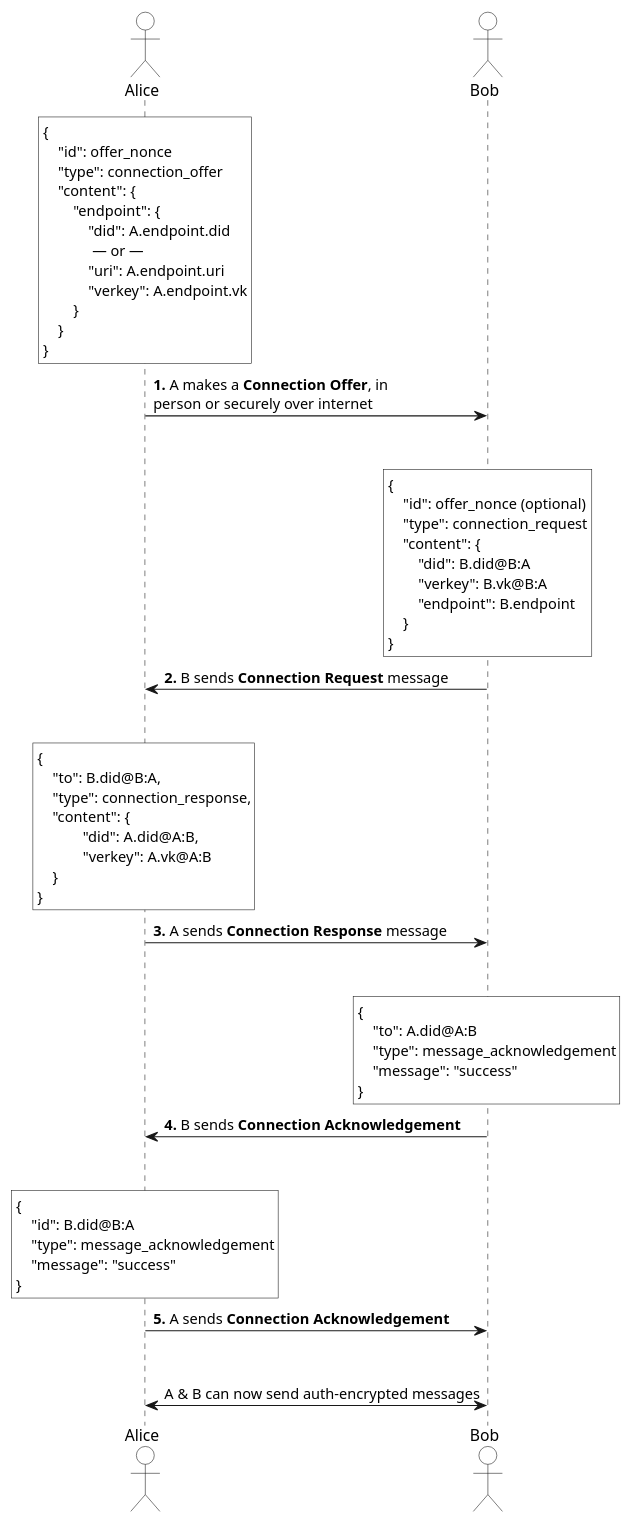
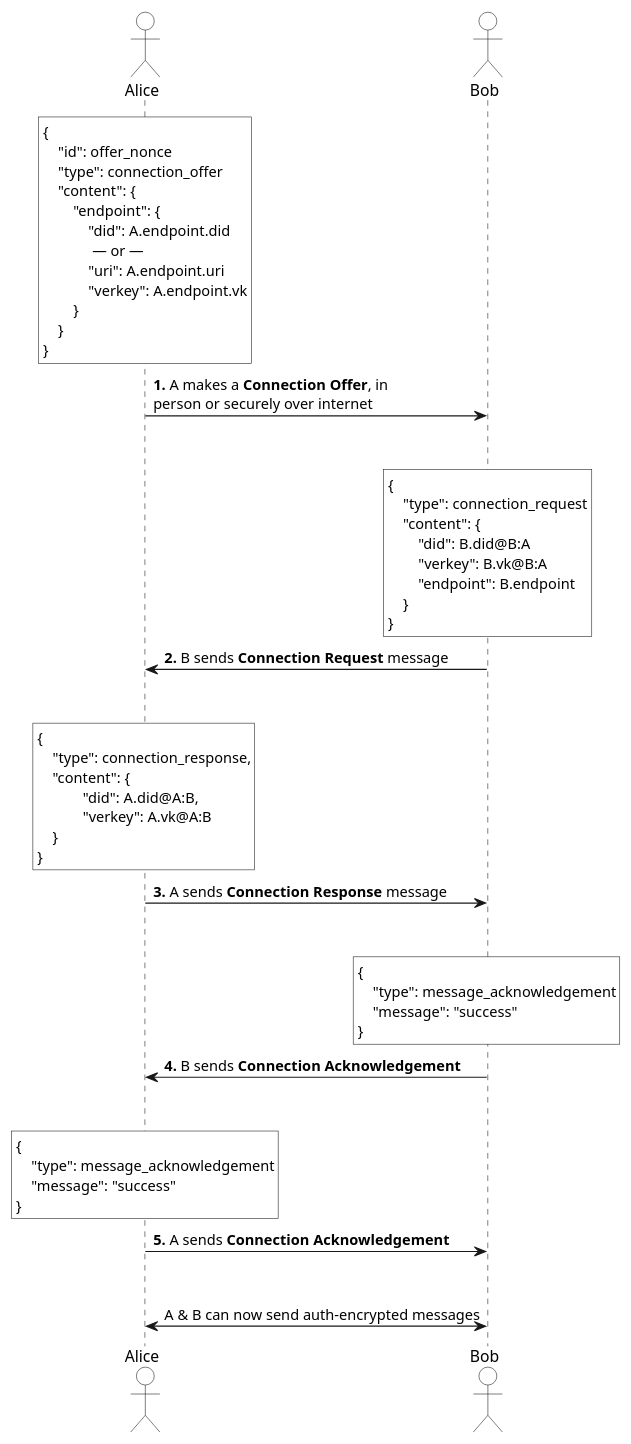
One commit to hyperledger/indy-hipe changed the diagram in text/connection-protocol/establishing_connection.puml. Above: the diagram before and after it, drawn with PlantUML. The commit also changed 1 other file, not shown here.

```diff
--- a/text/connection-protocol/establishing_connection.puml
+++ b/text/connection-protocol/establishing_connection.puml
@@ -1,88 +1,84 @@
 @startuml
 
 actor Alice as A #white
 actor Bob as B #white
 
 '1. Connection Offer
 
 rnote over A #white
 {
     "id": offer_nonce
     "type": connection_offer
     "content": {
         "endpoint": {
             "did": A.endpoint.did
              — or —
             "uri": A.endpoint.uri
             "verkey": A.endpoint.vk
         }
     }
 }
 end note
 
 A -> B: **1.** A makes a **Connection Offer**, in\nperson or securely over internet
 ||35||
 
 
 '2. Connection Request
 rnote over B #white
 {
-    "id": offer_nonce (optional)
     "type": connection_request
     "content": {
         "did": B.did@B:A
         "verkey": B.vk@B:A
         "endpoint": B.endpoint
     }
 }
 end note
 
 B -> A: **2.** B sends **Connection Request** message
 ||35||
 
 
 '3. Connection Response
 rnote over A #white
 {
-    "to": B.did@B:A,
     "type": connection_response,
     "content": {
             "did": A.did@A:B,
             "verkey": A.vk@A:B
     }
 }
 end note
 
 A -> B: **3.** A sends **Connection Response** message
 ||35||
 
 
 '4. Bob's Acknowledgement
 rnote over B #white
 {
-    "to": A.did@A:B
     "type": message_acknowledgement
     "message": "success"
 }
 end note
 
 B -> A: **4.** B sends **Connection Acknowledgement** 
 ||35||
 
 
 '5. Alice's Acknowledgement
 rnote over A #white
 {
-    "id": B.did@B:A
     "type": message_acknowledgement
     "message": "success"
 }
 end note
 
 A -> B: **5.** A sends **Connection Acknowledgement** 
 ||35||
 
 
 A <-> B: A & B can now send auth-encrypted messages
 
 @enduml
```
